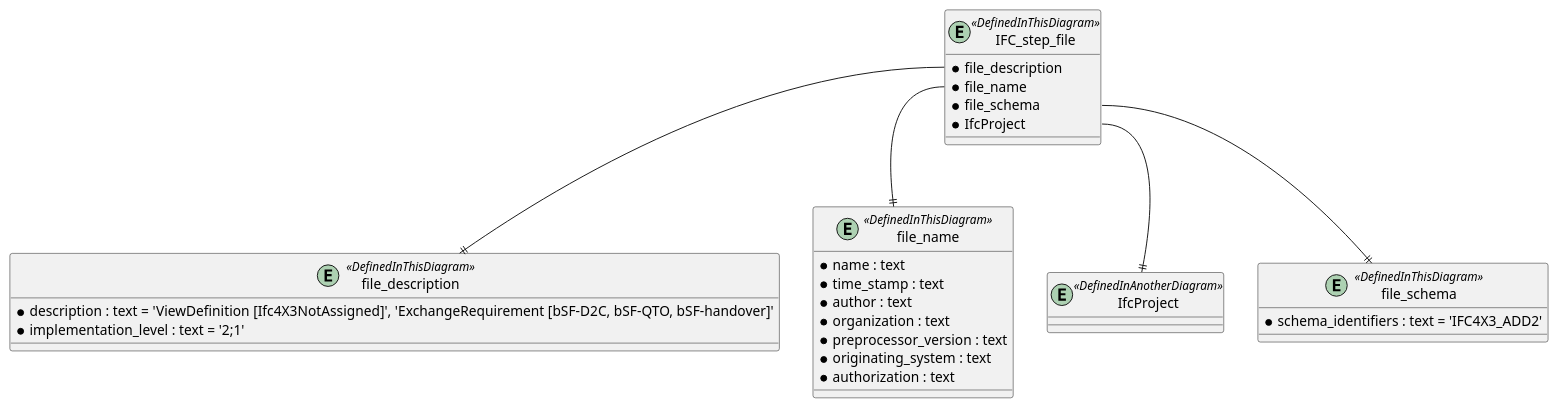
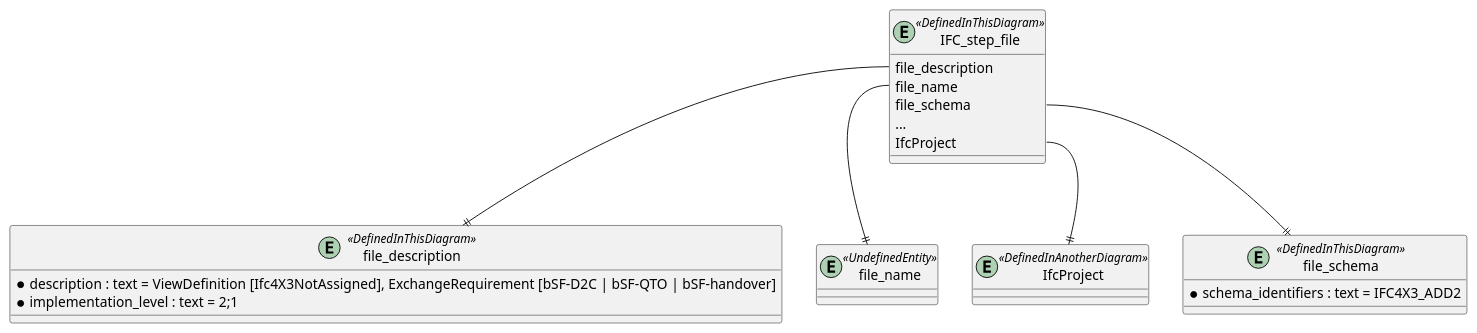
Before and after one commit to buildingSMART-Finland/RYTV-IFCRoute: the diagram in diagrams/bsf-IfcFile.pu, drawn with PlantUML. The commit also changed 25 other files, not shown here.

```diff
--- a/diagrams/bsf-IfcFile.pu
+++ b/diagrams/bsf-IfcFile.pu
@@ -1,42 +1,35 @@
 @startuml 
 
 
 entity IFC_step_file <<DefinedInThisDiagram>>
 {
-    *file_description
-    *file_name
-    *file_schema
-    *IfcProject
+    file_description
+    file_name
+    file_schema
+	...
+    IfcProject
 }
 
 entity file_description <<DefinedInThisDiagram>>
 {
-  *description : text = 'ViewDefinition [Ifc4X3NotAssigned]', 'ExchangeRequirement [bSF-D2C, bSF-QTO, bSF-handover]'
-  *implementation_level : text = '2;1'
+  *description : text = ViewDefinition [Ifc4X3NotAssigned], ExchangeRequirement [bSF-D2C | bSF-QTO | bSF-handover]
+  *implementation_level : text = 2;1
 }
 
-entity file_name <<DefinedInThisDiagram>>
-{
-  *name : text
-  *time_stamp : text
-  *author : text
-  *organization : text 
-  *preprocessor_version : text
-  *originating_system : text
-  *authorization : text
-}
+entity file_name <<UndefinedEntity>>
+
 
 entity IfcProject <<DefinedInAnotherDiagram>>
 
 entity file_schema <<DefinedInThisDiagram>>
 {
-  *schema_identifiers : text = 'IFC4X3_ADD2'
+  *schema_identifiers : text = IFC4X3_ADD2
 }
 
 
 IFC_step_file::file_description--||file_description
 IFC_step_file::file_name--||file_name
 IFC_step_file::file_schema--||file_schema
 IFC_step_file::IfcProject--||IfcProject
 
 @enduml
```
